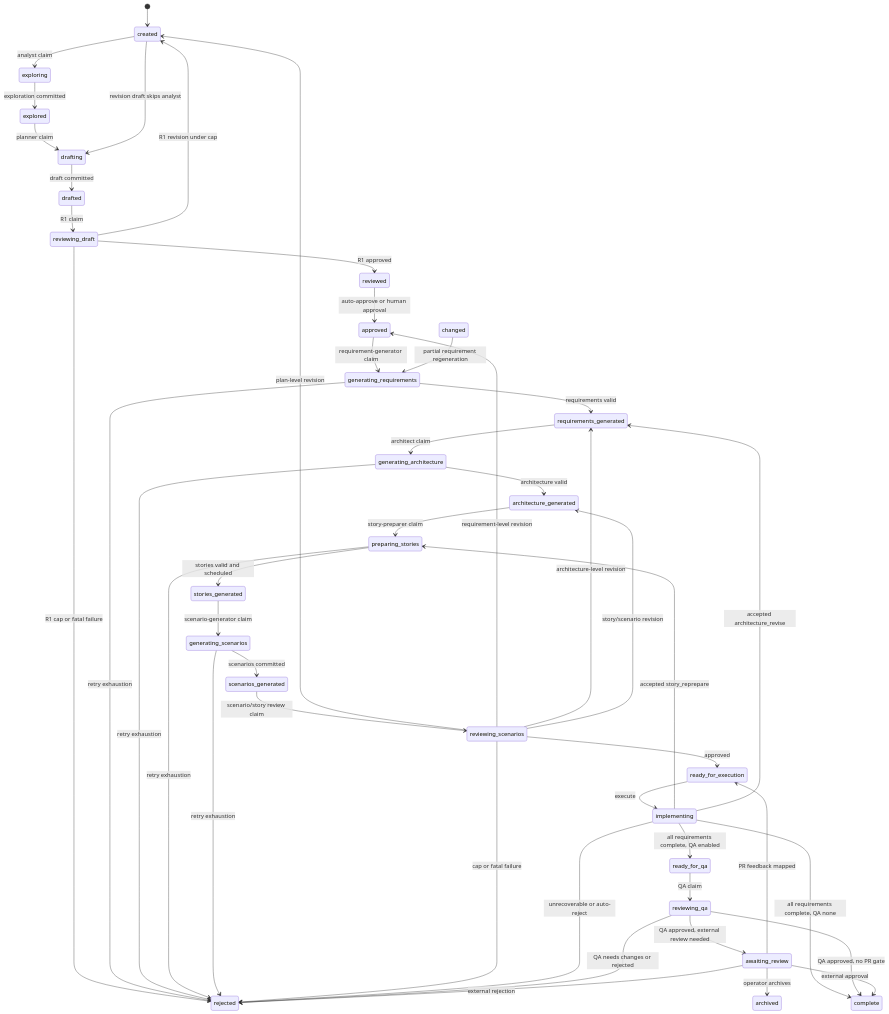
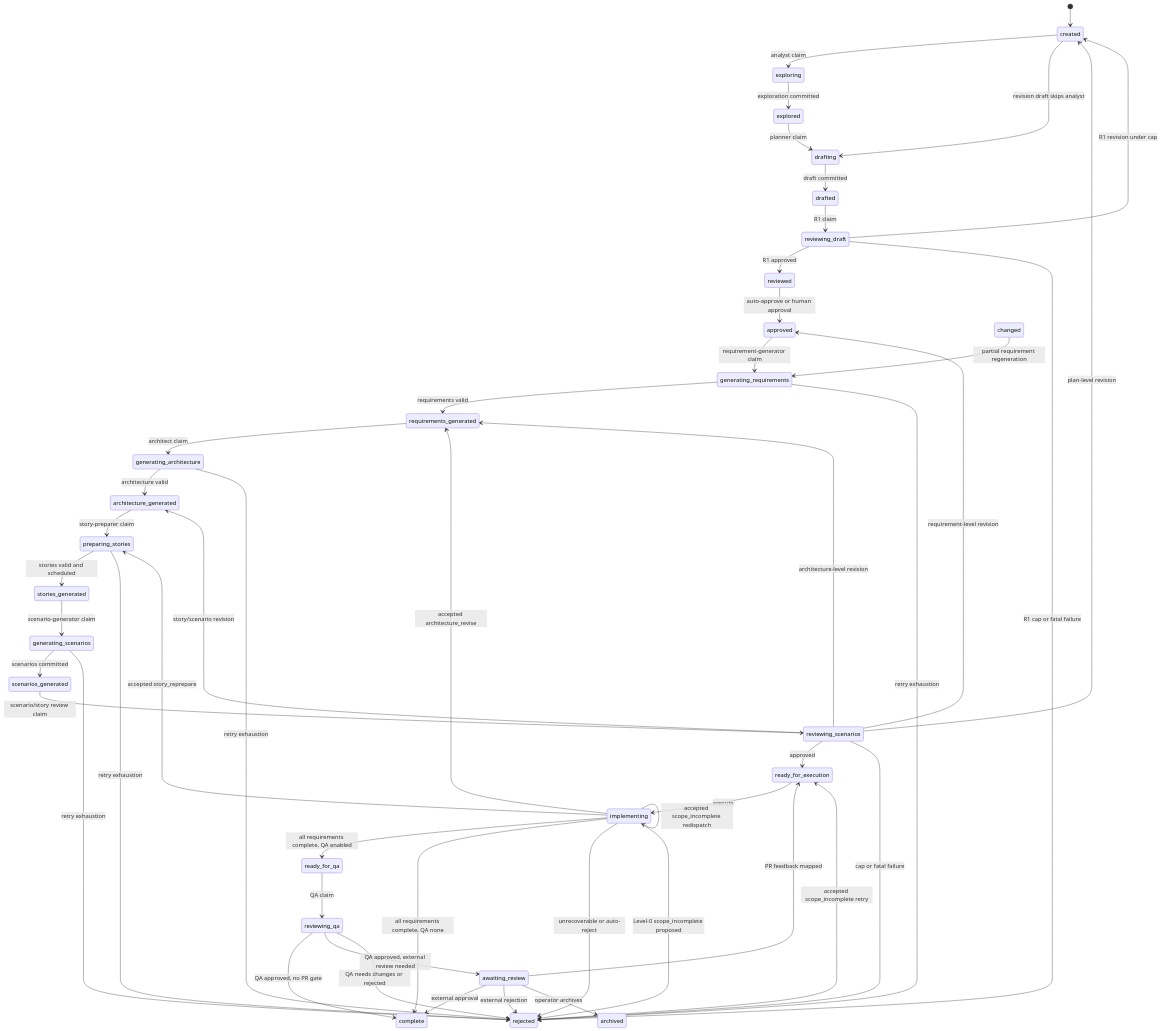
One commit to C360Studio/semspec changed the second of 4 diagrams in docs/e2e-flow.md. Above: the diagram before and after it, drawn with Mermaid. The commit also changed other lines of this file and 3 other files, not shown here.

````diff
--- a/docs/e2e-flow.md
+++ b/docs/e2e-flow.md
@@ -136,55 +159,58 @@
 ```mermaid
 stateDiagram-v2
     [*] --> created
     created --> exploring: analyst claim
     exploring --> explored: exploration committed
     explored --> drafting: planner claim
     created --> drafting: revision draft skips analyst
     drafting --> drafted: draft committed
     drafted --> reviewing_draft: R1 claim
     reviewing_draft --> reviewed: R1 approved
     reviewed --> approved: auto-approve or human approval
     reviewing_draft --> created: R1 revision under cap
     reviewing_draft --> rejected: R1 cap or fatal failure
 
     approved --> generating_requirements: requirement-generator claim
     changed --> generating_requirements: partial requirement regeneration
     generating_requirements --> requirements_generated: requirements valid
     generating_requirements --> rejected: retry exhaustion
 
     requirements_generated --> generating_architecture: architect claim
     generating_architecture --> architecture_generated: architecture valid
     generating_architecture --> rejected: retry exhaustion
 
     architecture_generated --> preparing_stories: story-preparer claim
     preparing_stories --> stories_generated: stories valid and scheduled
     preparing_stories --> rejected: retry exhaustion
 
     stories_generated --> generating_scenarios: scenario-generator claim
     generating_scenarios --> scenarios_generated: scenarios committed
     generating_scenarios --> rejected: retry exhaustion
 
     scenarios_generated --> reviewing_scenarios: scenario/story review claim
     reviewing_scenarios --> ready_for_execution: approved
     reviewing_scenarios --> created: plan-level revision
     reviewing_scenarios --> approved: requirement-level revision
     reviewing_scenarios --> requirements_generated: architecture-level revision
     reviewing_scenarios --> architecture_generated: story/scenario revision
     reviewing_scenarios --> rejected: cap or fatal failure
 
     ready_for_execution --> implementing: execute
     implementing --> ready_for_qa: all requirements complete, QA enabled
     implementing --> complete: all requirements complete, QA none
     implementing --> rejected: unrecoverable or auto-reject
+    implementing --> rejected: Level-0 scope_incomplete proposed
+    implementing --> implementing: accepted scope_incomplete redispatch
+    rejected --> ready_for_execution: accepted scope_incomplete retry
     implementing --> preparing_stories: accepted story_reprepare
     implementing --> requirements_generated: accepted architecture_revise
 
     ready_for_qa --> reviewing_qa: QA claim
     reviewing_qa --> complete: QA approved, no PR gate
     reviewing_qa --> awaiting_review: QA approved, external review needed
     reviewing_qa --> rejected: QA needs changes or rejected
     awaiting_review --> ready_for_execution: PR feedback mapped
     awaiting_review --> complete: external approval
     awaiting_review --> rejected: external rejection
     awaiting_review --> archived: operator archives
 ```
````
